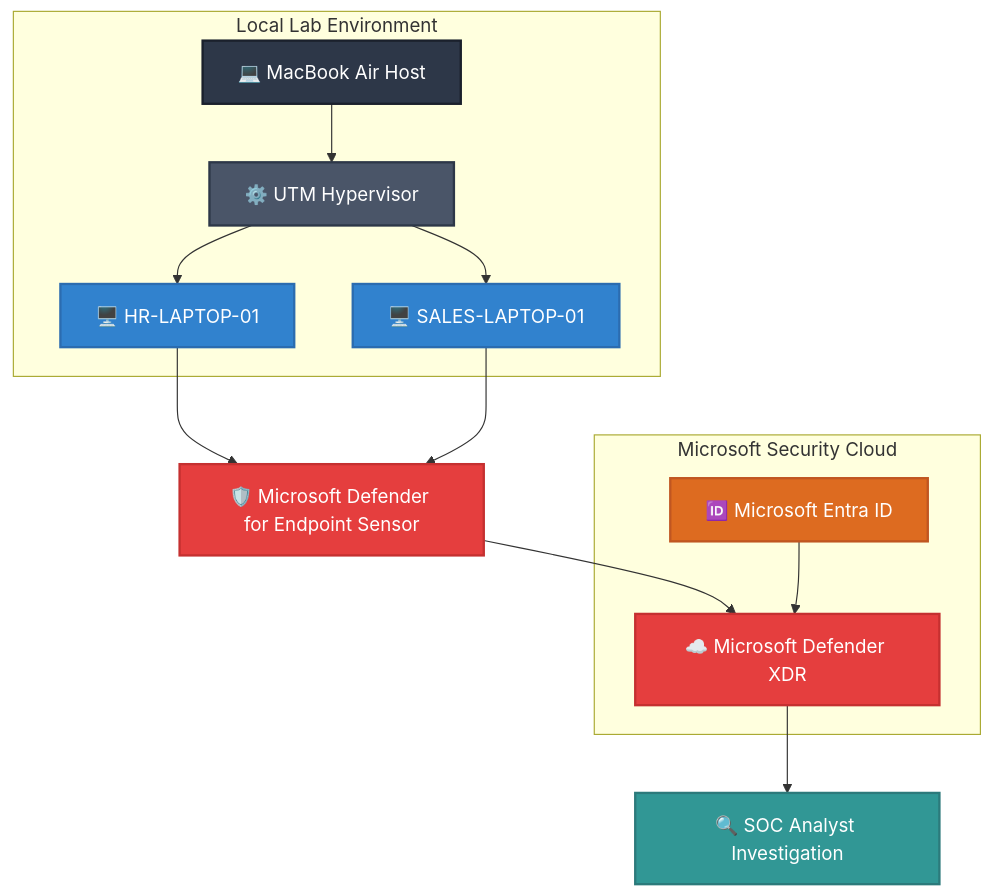
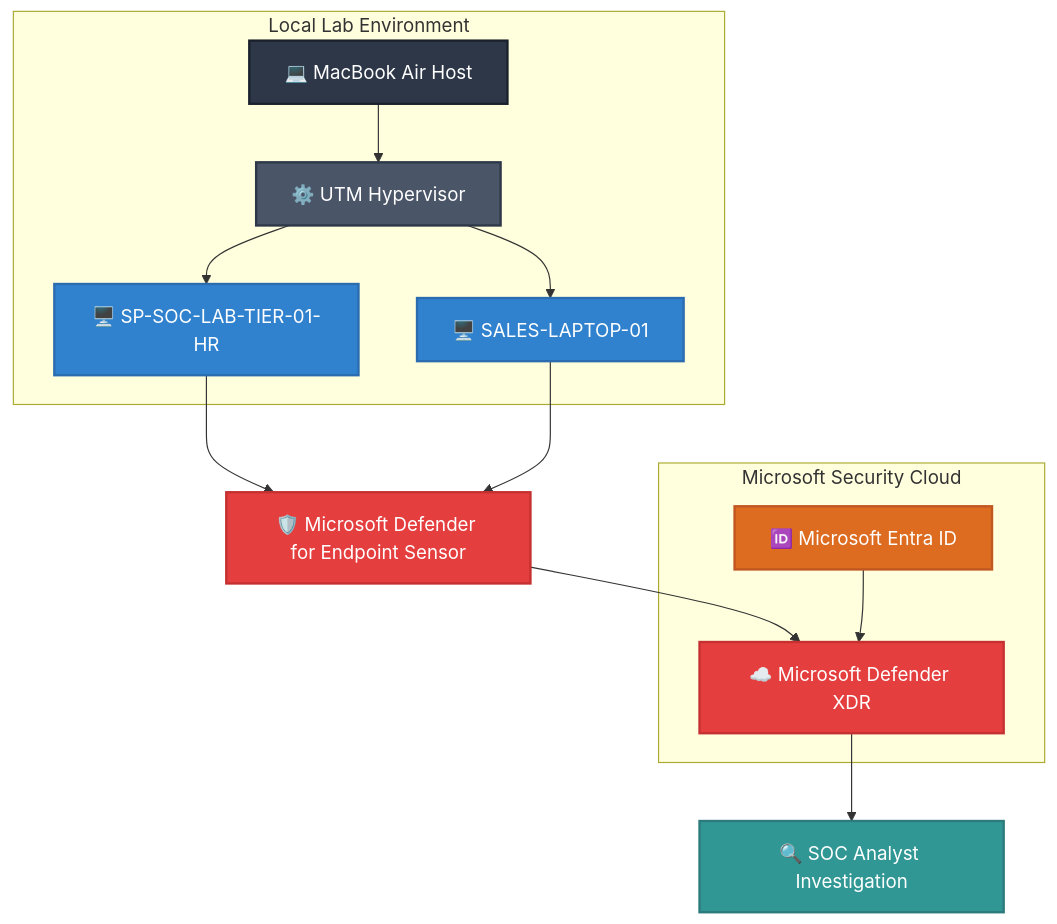
Before and after one commit to sachinpatil-soc/Enterprise-Microsoft-Defender-XDR-Lab: the diagram in README.md, drawn with Mermaid.

Commit message:
Update endpoint name in README.md

````diff
--- a/README.md
+++ b/README.md
@@ -14,42 +14,42 @@
  ``` mermaid
 graph TD
     %% Styles
     classDef host fill:#2d3748,stroke:#1a202c,stroke-width:2px,color:#fff;
     classDef hyper fill:#4a5568,stroke:#2d3748,stroke-width:2px,color:#fff;
     classDef endpoint fill:#3182ce,stroke:#2b6cb0,stroke-width:2px,color:#fff;
     classDef security fill:#e53e3e,stroke:#c53030,stroke-width:2px,color:#fff;
     classDef identity fill:#dd6b20,stroke:#c05621,stroke-width:2px,color:#fff;
     classDef soc fill:#319795,stroke:#2c7a7b,stroke-width:2px,color:#fff;
 
     A[💻 MacBook Air Host]:::host
     B[⚙️ UTM Hypervisor]:::hyper
-    C1[🖥️ HR-LAPTOP-01]:::endpoint
+    C1[🖥️ SP-SOC-LAB-TIER-01-HR]:::endpoint
     C2[🖥️ SALES-LAPTOP-01]:::endpoint
     D[🛡️ Microsoft Defender for Endpoint Sensor]:::security
     E[☁️ Microsoft Defender XDR]:::security
     F[🆔 Microsoft Entra ID]:::identity
     G[🔍 SOC Analyst Investigation]:::soc
 
     A --> B
     B --> C1
     B --> C2
     C1 --> D
     C2 --> D
     D --> E
     F --> E
     E --> G
 
     subgraph Local_Lab["Local Lab Environment"]
         A
         B
         C1
         C2
     end
 
     subgraph Microsoft_Cloud["Microsoft Security Cloud"]
         E
         F
     end
 
 
  ```
````
